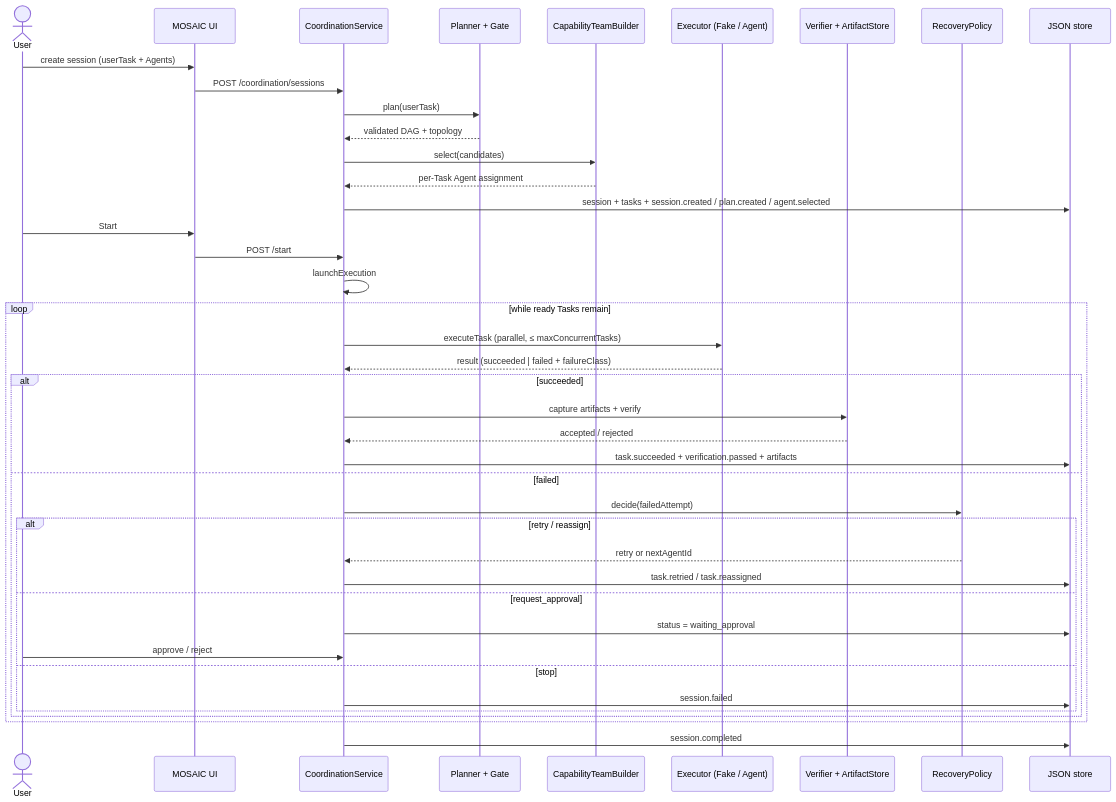
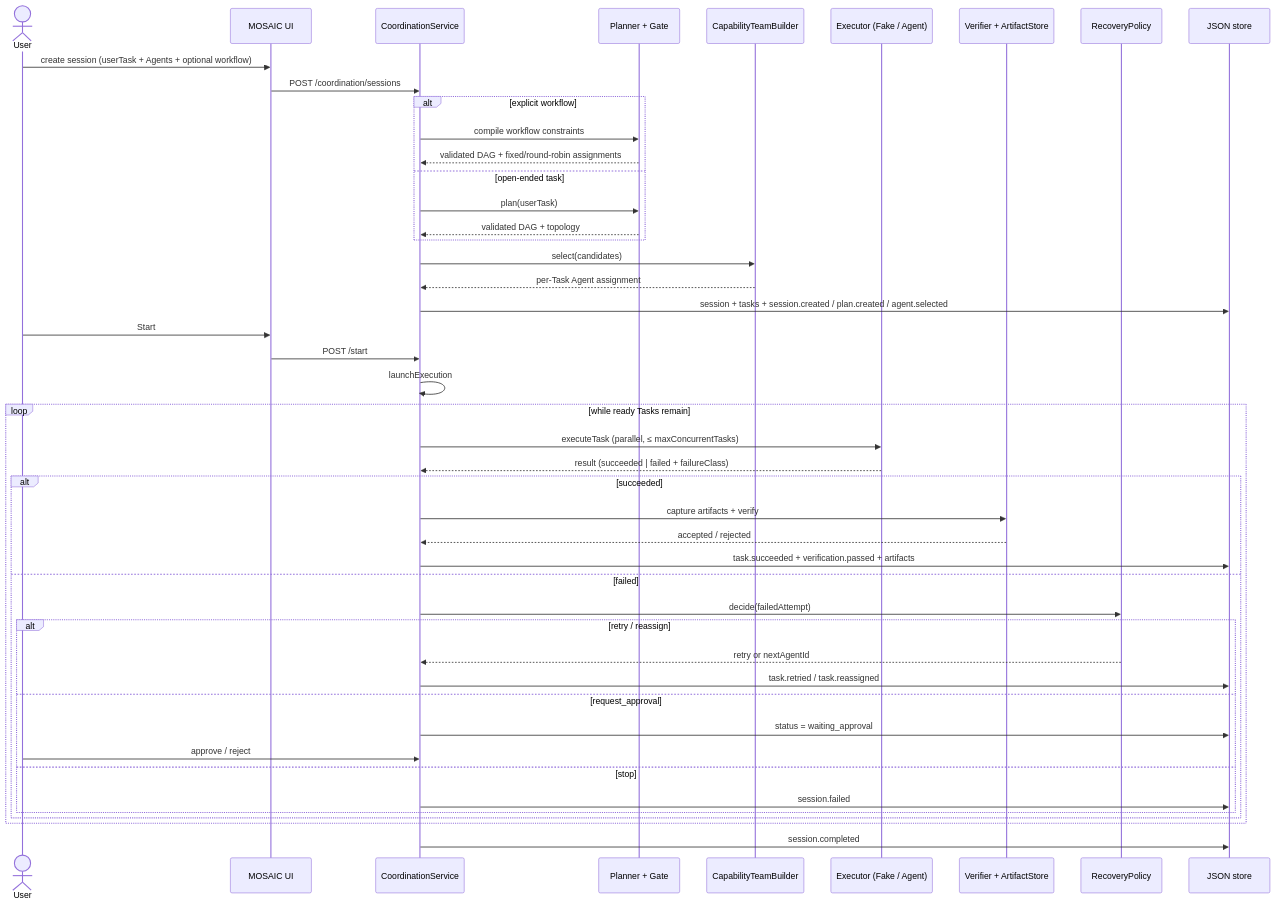
The second of 2 diagrams in docs/MOSAIC_ARCHITECTURE.md (coda707/CodeJam), drawn with Mermaid before and after one commit. The commit also changed other lines of this file and 9 other files, not shown here.

````diff
--- a/docs/MOSAIC_ARCHITECTURE.md
+++ b/docs/MOSAIC_ARCHITECTURE.md
@@ -63,45 +63,50 @@
 ```mermaid
 sequenceDiagram
     actor User
     participant UI as MOSAIC UI
     participant SVC as CoordinationService
     participant PLAN as Planner + Gate
     participant TEAM as CapabilityTeamBuilder
     participant EXEC as Executor (Fake / Agent)
     participant VER as Verifier + ArtifactStore
     participant REC as RecoveryPolicy
     participant STORE as JSON store
 
-    User->>UI: create session (userTask + Agents)
+    User->>UI: create session (userTask + Agents + optional workflow)
     UI->>SVC: POST /coordination/sessions
-    SVC->>PLAN: plan(userTask)
-    PLAN-->>SVC: validated DAG + topology
+    alt explicit workflow
+        SVC->>PLAN: compile workflow constraints
+        PLAN-->>SVC: validated DAG + fixed/round-robin assignments
+    else open-ended task
+        SVC->>PLAN: plan(userTask)
+        PLAN-->>SVC: validated DAG + topology
+    end
     SVC->>TEAM: select(candidates)
     TEAM-->>SVC: per-Task Agent assignment
     SVC->>STORE: session + tasks + session.created / plan.created / agent.selected
 
     User->>UI: Start
     UI->>SVC: POST /start
     SVC->>SVC: launchExecution
     loop while ready Tasks remain
         SVC->>EXEC: executeTask (parallel, ≤ maxConcurrentTasks)
         EXEC-->>SVC: result (succeeded | failed + failureClass)
         alt succeeded
             SVC->>VER: capture artifacts + verify
             VER-->>SVC: accepted / rejected
             SVC->>STORE: task.succeeded + verification.passed + artifacts
         else failed
             SVC->>REC: decide(failedAttempt)
             alt retry / reassign
                 REC-->>SVC: retry or nextAgentId
                 SVC->>STORE: task.retried / task.reassigned
             else request_approval
                 SVC->>STORE: status = waiting_approval
                 User->>SVC: approve / reject
             else stop
                 SVC->>STORE: session.failed
             end
         end
     end
     SVC->>STORE: session.completed
 ```
````
